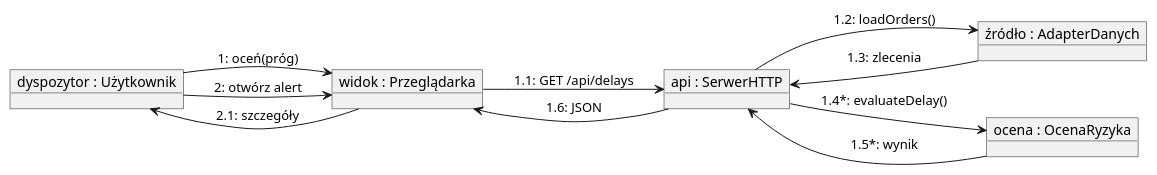
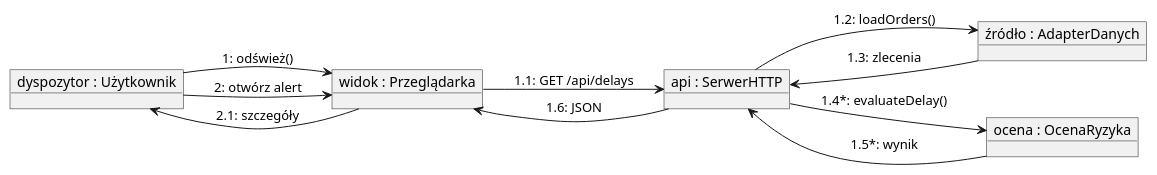
Before and after one commit to nossixd/5f-outpost: the third of 6 diagrams in docs/architektura.md, drawn with PlantUML. The commit also changed other lines of this file and 16 other files, not shown here.

````diff
--- a/docs/architektura.md
+++ b/docs/architektura.md
@@ -59,19 +65,19 @@
 ```plantuml
 @startuml
 left to right direction
 object "dyspozytor : Użytkownik" as User
 object "widok : Przeglądarka" as UI
 object "api : SerwerHTTP" as API
 object "źródło : AdapterDanych" as Data
 object "ocena : OcenaRyzyka" as Risk
-User --> UI : 1: oceń(próg)
+User --> UI : 1: odśwież()
 UI --> API : 1.1: GET /api/delays
 API --> Data : 1.2: loadOrders()
 Data --> API : 1.3: zlecenia
 API --> Risk : 1.4*: evaluateDelay()
 Risk --> API : 1.5*: wynik
 API --> UI : 1.6: JSON
 User --> UI : 2: otwórz alert
 UI --> User : 2.1: szczegóły
 @enduml
 ```
````
